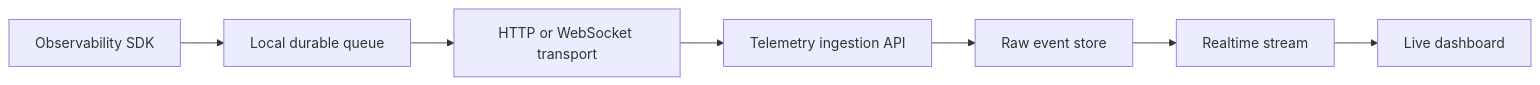
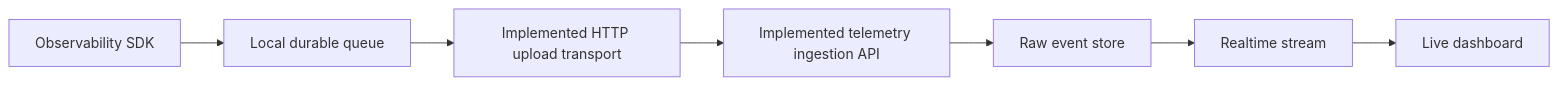
The diagram in docs/architecture/future-roadmap.md (Absosh/CPInsight), drawn with Mermaid before and after one commit. The commit also changed other lines of this file and 52 other files, not shown here.

Commit message:
feat(telemetry): add reliable upload and processing pipeline

````diff
--- a/docs/architecture/future-roadmap.md
+++ b/docs/architecture/future-roadmap.md
@@ -17,9 +17,9 @@
 ```mermaid
 flowchart LR
   SDK["Observability SDK"] --> Queue["Local durable queue"]
-  Queue --> Transport["HTTP or WebSocket transport"]
-  Transport --> API["Telemetry ingestion API"]
+  Queue --> Transport["Implemented HTTP upload transport"]
+  Transport --> API["Implemented telemetry ingestion API"]
   API --> RawStore["Raw event store"]
   RawStore --> Stream["Realtime stream"]
   Stream --> Dashboard["Live dashboard"]
 ```
````
